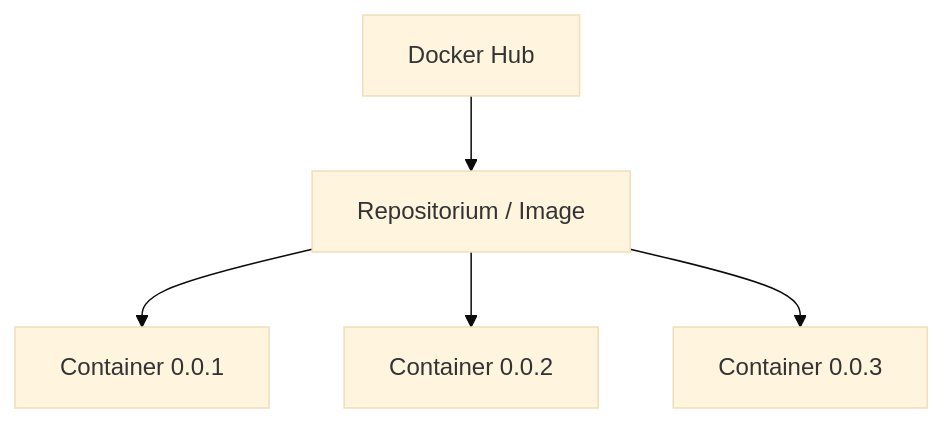
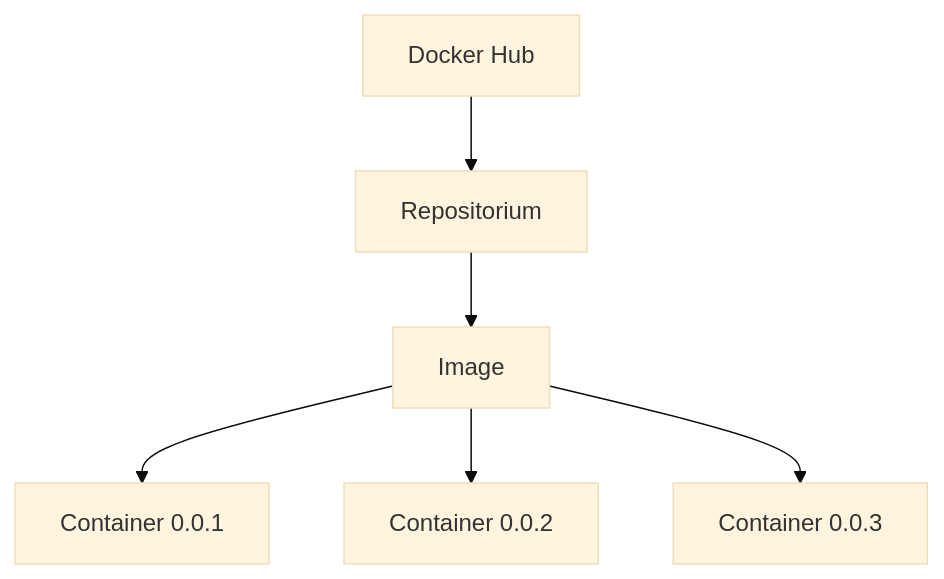
Before and after one commit to Michprac/DevOps_learning_tools: the diagram in README.md, drawn with Mermaid (base theme). The commit also changed other lines of this file, not shown here.

Commit message:
Update README.md added some docker commands and edited scheme

````diff
--- a/README.md
+++ b/README.md
@@ -12,7 +14,8 @@
 ```mermaid
 flowchart TD
-  A[Docker Hub] --> B[Repositorium / Image]
-  B --> C[Container 0.0.1]
-  B --> D[Container 0.0.2]
-  B --> E[Container 0.0.3]
+  A[Docker Hub] --> B[Repositorium]
+  B --> B1[Image]
+  B1 --> C[Container 0.0.1]
+  B1 --> D[Container 0.0.2]
+  B1 --> E[Container 0.0.3]
 ```
````
